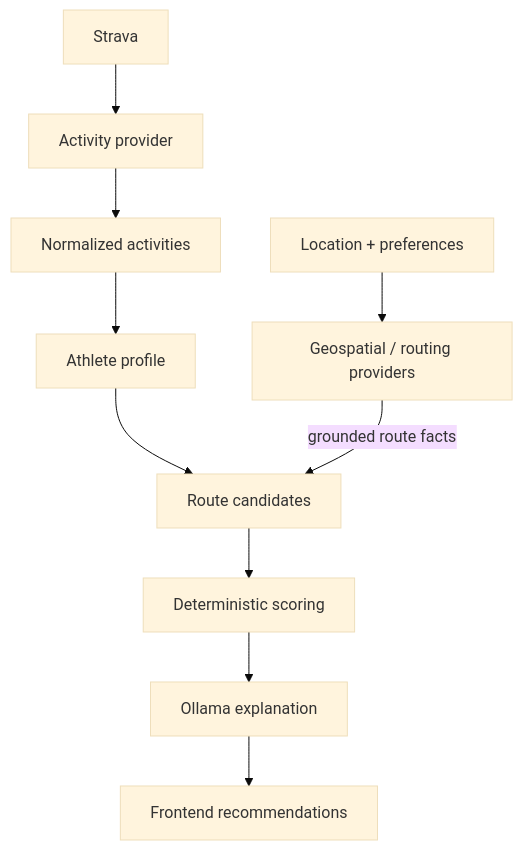
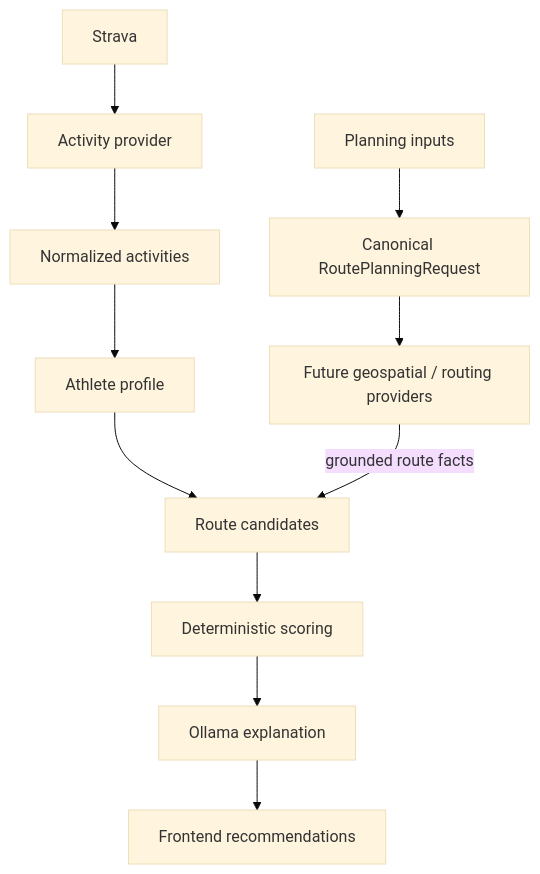
The diagram in docs/architecture.md (PooriaT/RouteMuse), drawn with Mermaid (base theme) before and after one commit. The commit also changed other lines of this file and 5 other files, not shown here.

Commit message:
Define canonical route planning request

````diff
--- a/docs/architecture.md
+++ b/docs/architecture.md
@@ -5,12 +5,13 @@
 ```mermaid
 flowchart TD
   S[Strava] --> AP[Activity provider]
   AP --> N[Normalized activities]
   N --> A[Athlete profile]
   A --> RC[Route candidates]
-  L[Location + preferences] --> GP[Geospatial / routing providers]
+  L[Planning inputs] --> PR[Canonical RoutePlanningRequest]
+  PR --> GP[Future geospatial / routing providers]
   GP -->|grounded route facts| RC
   RC --> D[Deterministic scoring]
   D --> O[Ollama explanation]
   O --> U[Frontend recommendations]
 ```
````
